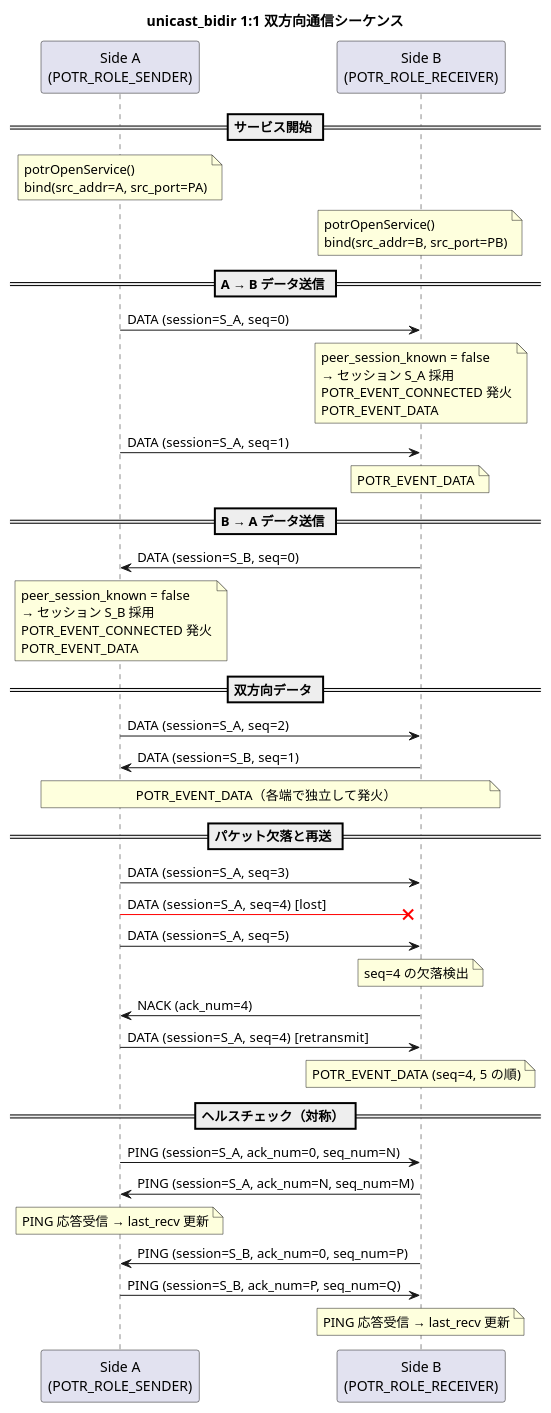
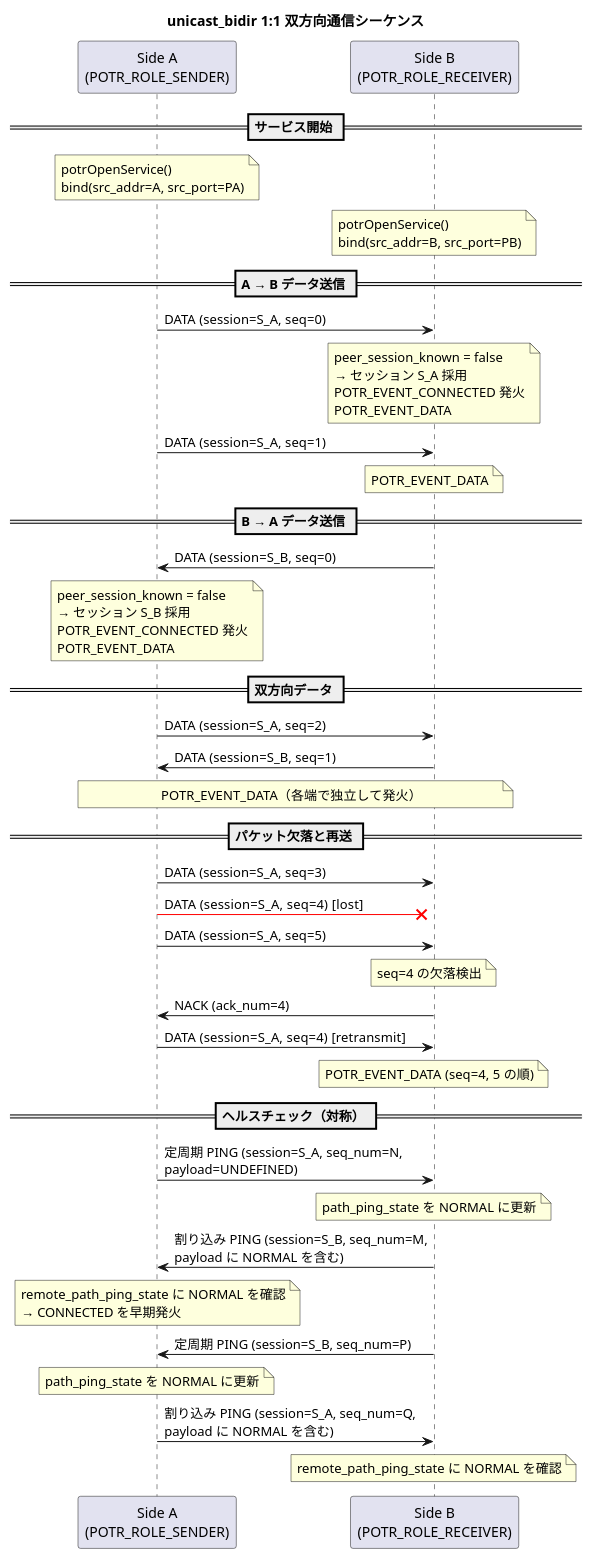
One commit to Hondarer/c-modernization-kit changed diagram 17 of 29 in app/porter/docs/sequence.md. Above: the diagram before and after it, drawn with PlantUML. The commit also changed other lines of this file and 7 other files, not shown here.

````diff
--- a/app/porter/docs/sequence.md
+++ b/app/porter/docs/sequence.md
@@ -622,53 +622,55 @@
 ```plantuml
 @startuml unicast_bidir 通信シーケンス
 title unicast_bidir 1:1 双方向通信シーケンス
 
 participant "Side A\n(POTR_ROLE_SENDER)" as A
 participant "Side B\n(POTR_ROLE_RECEIVER)" as B
 
 == サービス開始 ==
 
 note over A: potrOpenService()\nbind(src_addr=A, src_port=PA)
 note over B: potrOpenService()\nbind(src_addr=B, src_port=PB)
 
 == A → B データ送信 ==
 
 A -> B: DATA (session=S_A, seq=0)
 note over B: peer_session_known = false\n→ セッション S_A 採用\nPOTR_EVENT_CONNECTED 発火\nPOTR_EVENT_DATA
 
 A -> B: DATA (session=S_A, seq=1)
 note over B: POTR_EVENT_DATA
 
 == B → A データ送信 ==
 
 B -> A: DATA (session=S_B, seq=0)
 note over A: peer_session_known = false\n→ セッション S_B 採用\nPOTR_EVENT_CONNECTED 発火\nPOTR_EVENT_DATA
 
 == 双方向データ ==
 
 A -> B: DATA (session=S_A, seq=2)
 B -> A: DATA (session=S_B, seq=1)
 note over A,B: POTR_EVENT_DATA（各端で独立して発火）
 
 == パケット欠落と再送 ==
 
 A -> B: DATA (session=S_A, seq=3)
 A -[#red]x B: DATA (session=S_A, seq=4)  [lost]
 A -> B: DATA (session=S_A, seq=5)
 note over B: seq=4 の欠落検出
 B -> A: NACK (ack_num=4)
 A -> B: DATA (session=S_A, seq=4)  [retransmit]
 note over B: POTR_EVENT_DATA (seq=4, 5 の順)
 
 == ヘルスチェック（対称） ==
 
-A -> B: PING (session=S_A, ack_num=0, seq_num=N)
-B -> A: PING (session=S_A, ack_num=N, seq_num=M)
-note over A: PING 応答受信 → last_recv 更新
+A -> B: 定周期 PING (session=S_A, seq_num=N,\npayload=UNDEFINED)
+note over B: path_ping_state を NORMAL に更新
+B -> A: 割り込み PING (session=S_B, seq_num=M,\npayload に NORMAL を含む)
+note over A: remote_path_ping_state に NORMAL を確認\n→ CONNECTED を早期発火
 
-B -> A: PING (session=S_B, ack_num=0, seq_num=P)
-A -> B: PING (session=S_B, ack_num=P, seq_num=Q)
-note over B: PING 応答受信 → last_recv 更新
+B -> A: 定周期 PING (session=S_B, seq_num=P)
+note over A: path_ping_state を NORMAL に更新
+A -> B: 割り込み PING (session=S_A, seq_num=Q,\npayload に NORMAL を含む)
+note over B: remote_path_ping_state に NORMAL を確認
 
 @enduml
 ```
````
